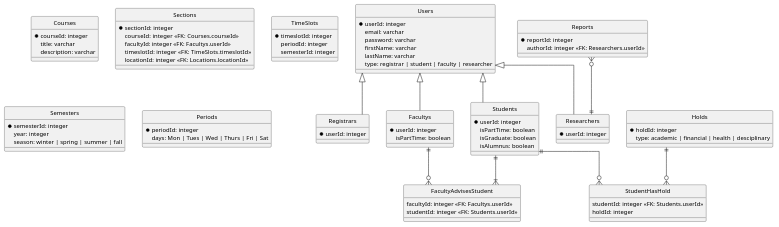
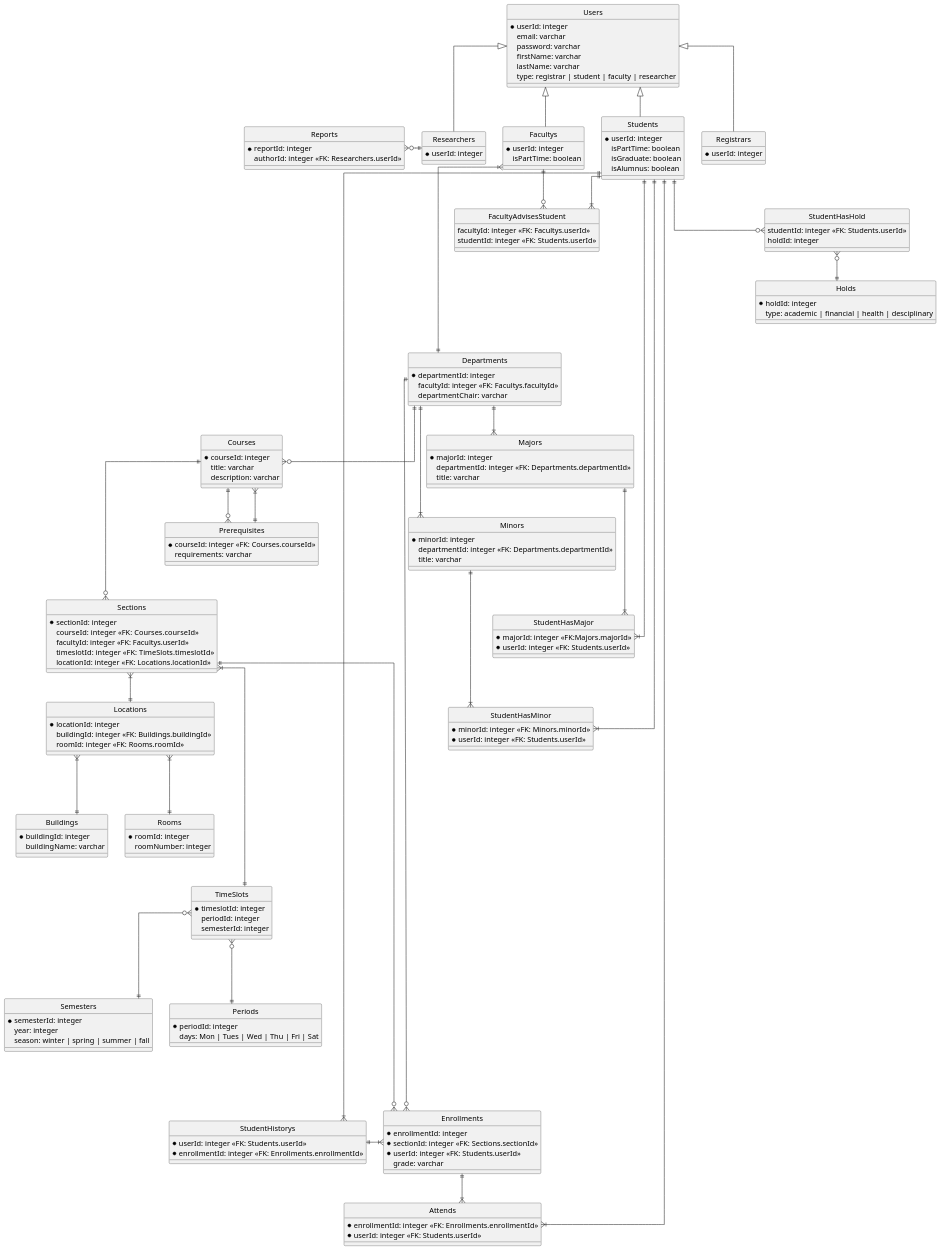
Before and after one commit to ow-fall2019-sysdes-nll/course-assistant: the diagram in design/entities.puml, drawn with PlantUML.

Commit message:
Adjust layout of entity.puml

```diff
--- a/design/entities.puml
+++ b/design/entities.puml
@@ -5,7 +5,7 @@
 skinparam shadowing false
 skinparam monochrome true
 skinparam DefaultFontName Helvetica
-skinparam DefaultFontSize 12
+skinparam DefaultFontSize 15
 
 entity Users {
     * userId: integer
@@ -16,30 +16,37 @@
     type: registrar | student | faculty | researcher
 }
 
-entity Registrars {
-    * userId: integer
-}
+together {
+    entity Registrars {
+        * userId: integer
+    }
 
-entity Students {
-    * userId: integer
-    isPartTime: boolean
-    isGraduate: boolean
-    isAlumnus: boolean
-}
+    entity Students {
+        * userId: integer
+        isPartTime: boolean
+        isGraduate: boolean
+        isAlumnus: boolean
+    }
 
-entity Facultys {
-    * userId: integer
-    isPartTime: boolean
-}
+    entity Facultys {
+        * userId: integer
+        isPartTime: boolean
+    }
 
-entity Researchers {
-    * userId: integer
+    entity Researchers {
+        * userId: integer
+    }
 }
 
 Users <|-- Registrars
 Users <|-- Students
 Users <|-- Facultys
 Users <|-- Researchers
+
+entity Reports {
+    * reportId: integer
+    authorId: integer <<FK: Researchers.userId>>
+}
 
 entity Holds {
     * holdId: integer
@@ -51,54 +58,166 @@
     holdId: integer
 }
 
-Students ||--o{ StudentHasHold
-Holds ||--o{ StudentHasHold
-
 entity FacultyAdvisesStudent {
     facultyId: integer <<FK: Facultys.userId>>
     studentId: integer <<FK: Students.userId>>
 }
 
-Facultys ||--o{ FacultyAdvisesStudent
-Students ||--|{ FacultyAdvisesStudent
+together {
 
-entity Reports {
-    * reportId: integer
-    authorId: integer <<FK: Researchers.userId>>
+    entity Departments {
+        * departmentId: integer
+        facultyId: integer <<FK: Facultys.facultyId>>
+        departmentChair: varchar
+    }
+
+    entity Majors {
+        * majorId: integer
+        departmentId: integer <<FK: Departments.departmentId>>
+        title: varchar
+    }
+
+    entity StudentHasMajor {
+        * majorId: integer <<FK:Majors.majorId>>
+        * userId: integer <<FK: Students.userId>>
+    }
+
+    entity Minors {
+        * minorId: integer
+        departmentId: integer <<FK: Departments.departmentId>>
+        title: varchar
+    }
+
+    entity StudentHasMinor {
+        * minorId: integer <<FK: Minors.minorId>>
+        * userId: integer <<FK: Students.userId>>
+    }
+
 }
 
-Reports }o--|| Researchers
+together {
+    entity Courses {
+        * courseId: integer
+        title: varchar
+        description: varchar
+    }
 
-entity Courses {
-    * courseId: integer
-    title: varchar
-    description: varchar
+    entity Prerequisites {
+        * courseId: integer <<FK: Courses.courseId>>
+        requirements: varchar
+    }
 }
 
-entity Sections {
-    * sectionId: integer
-    courseId: integer  <<FK: Courses.courseId>>
-    facultyId: integer <<FK: Facultys.userId>>
-    timeslotId: integer  <<FK: TimeSlots.timeslotId>>
-    locationId: integer <<FK: Locations.locationId>>
+Prerequisites ||--|{ Courses
+Courses ||--o{ Prerequisites
+
+together {
+
+    entity Sections {
+        * sectionId: integer
+        courseId: integer  <<FK: Courses.courseId>>
+        facultyId: integer <<FK: Facultys.userId>>
+        timeslotId: integer  <<FK: TimeSlots.timeslotId>>
+        locationId: integer <<FK: Locations.locationId>>
+    }
+
+    together {
+        entity Locations {
+            * locationId: integer
+            buildingId: integer <<FK: Buildings.buildingId>>
+            roomId: integer <<FK: Rooms.roomId>>
+        }
+
+        entity Rooms {
+            * roomId: integer 
+            roomNumber: integer
+        }
+
+        entity Buildings {
+            * buildingId: integer
+            buildingName: varchar
+        }
+    }
+
+    together {
+        entity TimeSlots  {
+            * timeslotId: integer
+            periodId: integer
+            semesterId: integer
+        }
+
+        entity Semesters {
+            * semesterId: integer
+            year: integer
+            season: winter | spring | summer | fall
+        }
+
+        entity Periods { 
+            * periodId: integer
+            days: Mon | Tues | Wed | Thu | Fri | Sat 
+        }
+        
+    }
 }
 
-entity TimeSlots  {
-    * timeslotId: integer
-    periodId: integer
-    semesterId: integer
-}
+together {
+    entity Attends { 
+        * enrollmentId: integer <<FK: Enrollments.enrollmentId>>
+        * userId: integer <<FK: Students.userId>>
+    }
 
-entity Semesters {
-    * semesterId: integer
-    year: integer
-    season: winter | spring | summer | fall
-}
+    entity Enrollments {
+        * enrollmentId: integer
+        * sectionId: integer <<FK: Sections.sectionId>>
+        * userId: integer <<FK: Students.userId>>
+        grade: varchar 
+    }
 
-entity Periods { 
-    * periodId: integer
-    days: Mon | Tues | Wed | Thurs | Fri | Sat 
+    entity StudentHistorys {
+        * userId: integer <<FK: Students.userId>>
+        * enrollmentId: integer <<FK: Enrollments.enrollmentId>>
+    }
 }
 
 
+Students ||--|{ FacultyAdvisesStudent
+Students ||--o{ StudentHasHold
+Students ||----|{ StudentHasMinor
+Students ||-----|{ StudentHasMajor
+Students ||---------------|{ StudentHistorys
+Students ||------|{ Attends
+
+StudentHasHold }o--|| Holds
+
+Facultys ||--o{ FacultyAdvisesStudent
+Facultys }|----|| Departments
+
+Reports }o-|| Researchers 
+
+Departments ||--|{ Majors
+Departments ||---|{ Minors
+Departments ||--o{ Courses
+Departments ||------o{ Enrollments
+
+Minors ||---|{ StudentHasMinor
+Majors ||---|{ StudentHasMajor
+
+Courses ||---o{ Sections
+
+Sections }|--|| Locations
+Sections ||---o{ Enrollments
+Sections }|-----|| TimeSlots
+
+TimeSlots }o---|| Semesters
+TimeSlots }o---|| Periods
+
+Locations }|---|| Rooms
+Locations }|---|| Buildings
+
+StudentHistorys ||-|{ Enrollments
+Enrollments ||--|{ Attends 
+
+
+
+
 @enduml
```
